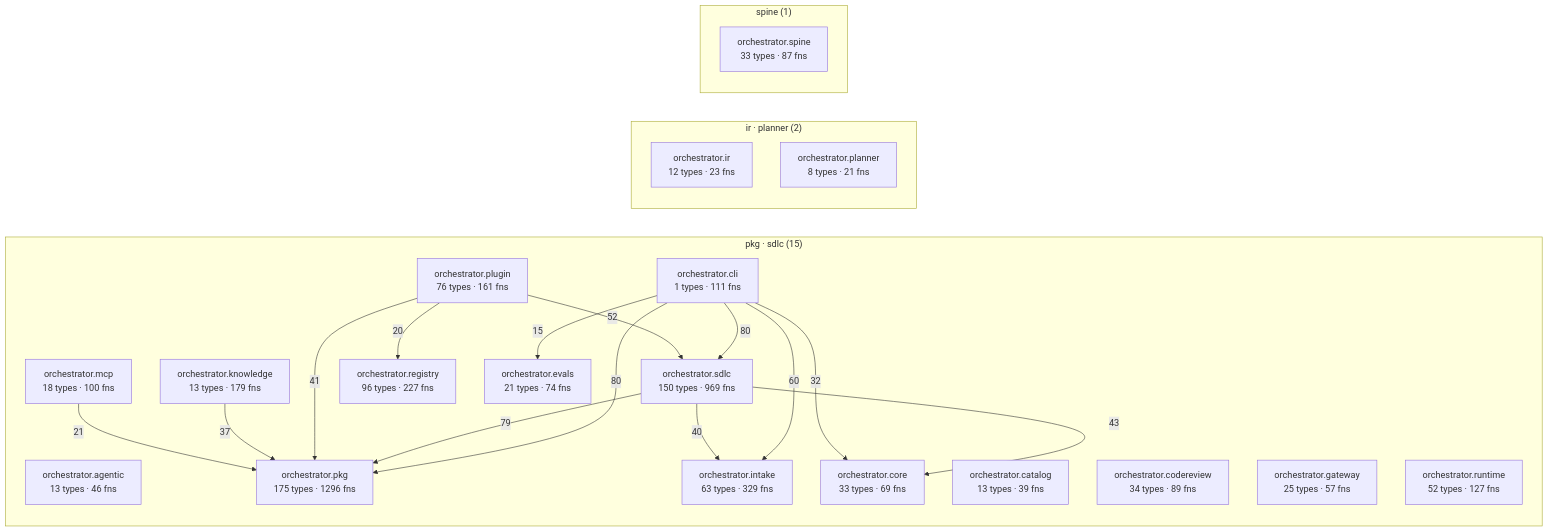
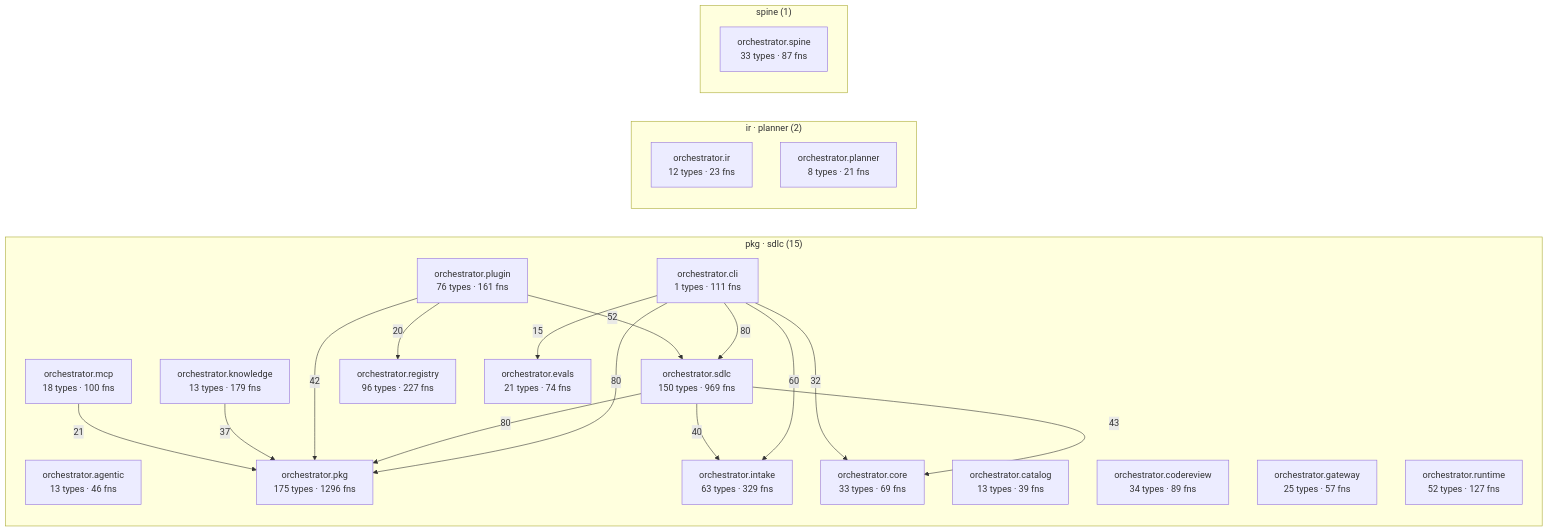
One commit to synaptixs/spine changed the diagram in episteme/architecture.md. Above: the diagram before and after it, drawn with Mermaid. The commit also changed other lines of this file and 16 other files, not shown here.

````diff
--- a/episteme/architecture.md
+++ b/episteme/architecture.md
@@ -56,40 +56,40 @@
 ```mermaid
 flowchart LR
   subgraph c_2["pkg · sdlc (15)"]
     aorchestratoragentic["orchestrator.agentic<br/>13 types · 46 fns"]
     aorchestratorcatalog["orchestrator.catalog<br/>13 types · 39 fns"]
     aorchestratorcli["orchestrator.cli<br/>1 types · 111 fns"]
     aorchestratorcodereview["orchestrator.codereview<br/>34 types · 89 fns"]
     aorchestratorcore["orchestrator.core<br/>33 types · 69 fns"]
     aorchestratorevals["orchestrator.evals<br/>21 types · 74 fns"]
     aorchestratorgateway["orchestrator.gateway<br/>25 types · 57 fns"]
     aorchestratorintake["orchestrator.intake<br/>63 types · 329 fns"]
     aorchestratorknowledge["orchestrator.knowledge<br/>13 types · 179 fns"]
     aorchestratormcp["orchestrator.mcp<br/>18 types · 100 fns"]
     aorchestratorpkg["orchestrator.pkg<br/>175 types · 1296 fns"]
     aorchestratorplugin["orchestrator.plugin<br/>76 types · 161 fns"]
     aorchestratorregistry["orchestrator.registry<br/>96 types · 227 fns"]
     aorchestratorruntime["orchestrator.runtime<br/>52 types · 127 fns"]
     aorchestratorsdlc["orchestrator.sdlc<br/>150 types · 969 fns"]
   end
   subgraph c_5["ir · planner (2)"]
     aorchestratorir["orchestrator.ir<br/>12 types · 23 fns"]
     aorchestratorplanner["orchestrator.planner<br/>8 types · 21 fns"]
   end
   subgraph c_10["spine (1)"]
     aorchestratorspine["orchestrator.spine<br/>33 types · 87 fns"]
   end
   aorchestratorcli -->|80| aorchestratorpkg
   aorchestratorcli -->|80| aorchestratorsdlc
-  aorchestratorsdlc -->|79| aorchestratorpkg
+  aorchestratorsdlc -->|80| aorchestratorpkg
   aorchestratorcli -->|60| aorchestratorintake
   aorchestratorplugin -->|52| aorchestratorsdlc
   aorchestratorsdlc -->|43| aorchestratorcore
-  aorchestratorplugin -->|41| aorchestratorpkg
+  aorchestratorplugin -->|42| aorchestratorpkg
   aorchestratorsdlc -->|40| aorchestratorintake
   aorchestratorknowledge -->|37| aorchestratorpkg
   aorchestratorcli -->|32| aorchestratorcore
   aorchestratormcp -->|21| aorchestratorpkg
   aorchestratorplugin -->|20| aorchestratorregistry
   aorchestratorcli -->|15| aorchestratorevals
 ```
````
